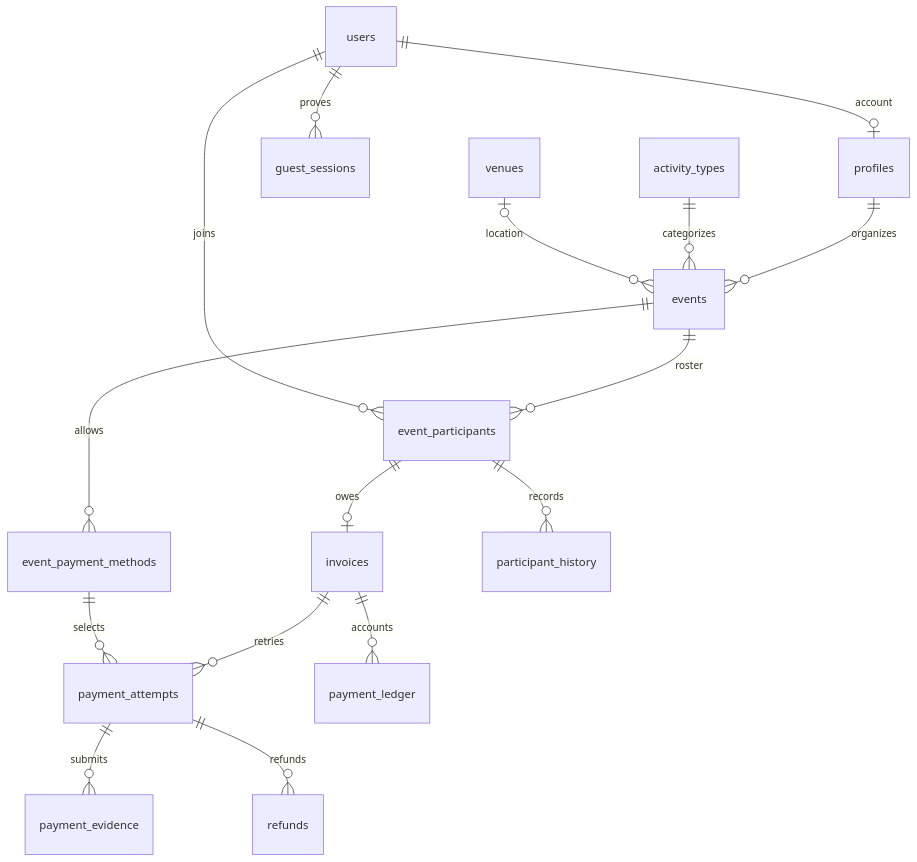
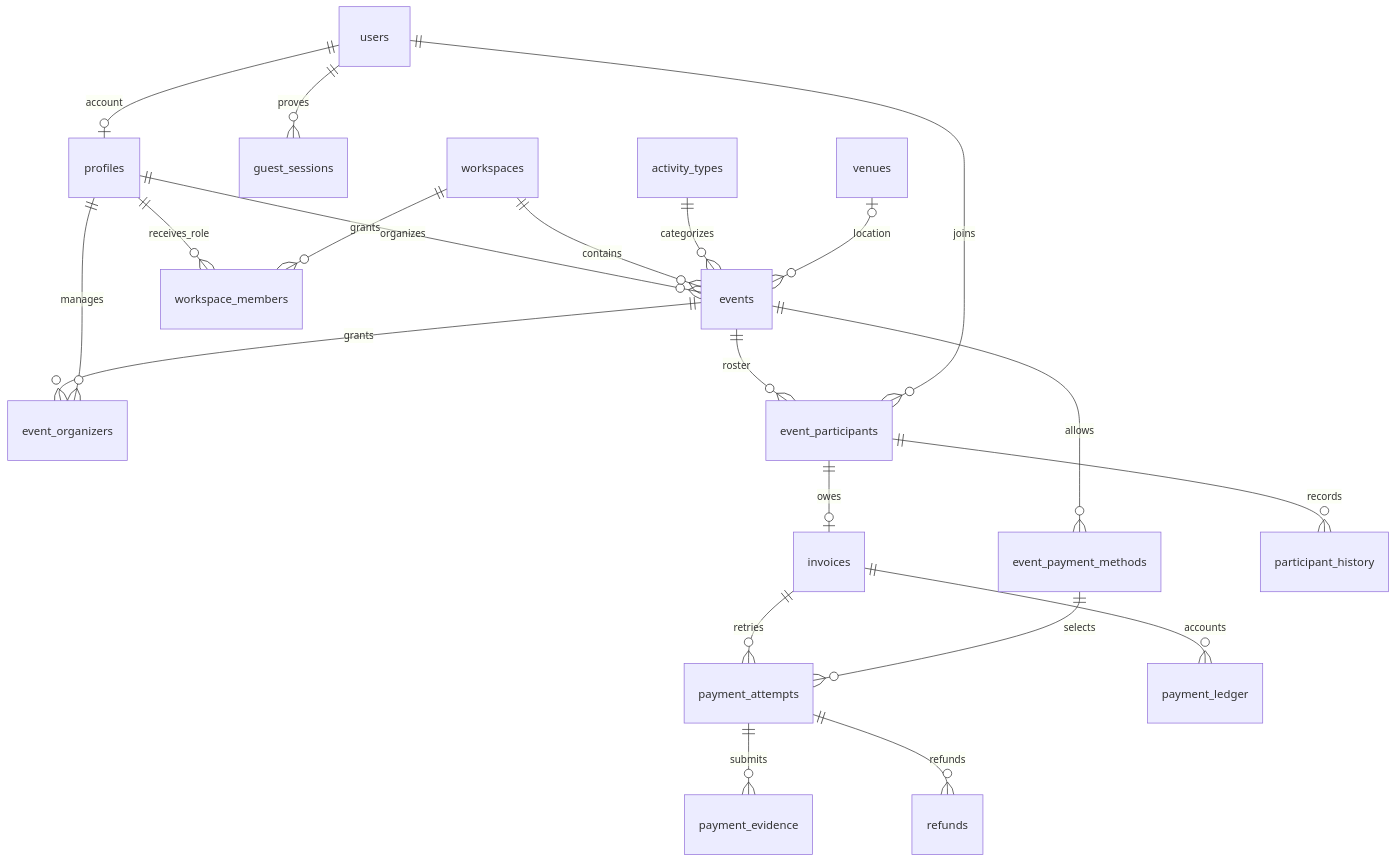
The diagram in docs/DATABASE.md (heruwaspodov/dolend), drawn with Mermaid before and after one commit. The commit also changed other lines of this file and 54 other files, not shown here.

````diff
--- a/docs/DATABASE.md
+++ b/docs/DATABASE.md
@@ -7,18 +7,23 @@
 ```mermaid
 erDiagram
   users ||--o| profiles : account
   users ||--o{ guest_sessions : proves
   profiles ||--o{ events : organizes
+  profiles ||--o{ workspace_members : receives_role
+  workspaces ||--o{ workspace_members : grants
+  workspaces ||--o{ events : contains
+  events ||--o{ event_organizers : grants
+  profiles ||--o{ event_organizers : manages
   activity_types ||--o{ events : categorizes
   venues |o--o{ events : location
   events ||--o{ event_participants : roster
   users ||--o{ event_participants : joins
   event_participants ||--o| invoices : owes
   invoices ||--o{ payment_attempts : retries
   events ||--o{ event_payment_methods : allows
   event_payment_methods ||--o{ payment_attempts : selects
   payment_attempts ||--o{ payment_evidence : submits
   invoices ||--o{ payment_ledger : accounts
   payment_attempts ||--o{ refunds : refunds
   event_participants ||--o{ participant_history : records
 ```
````
